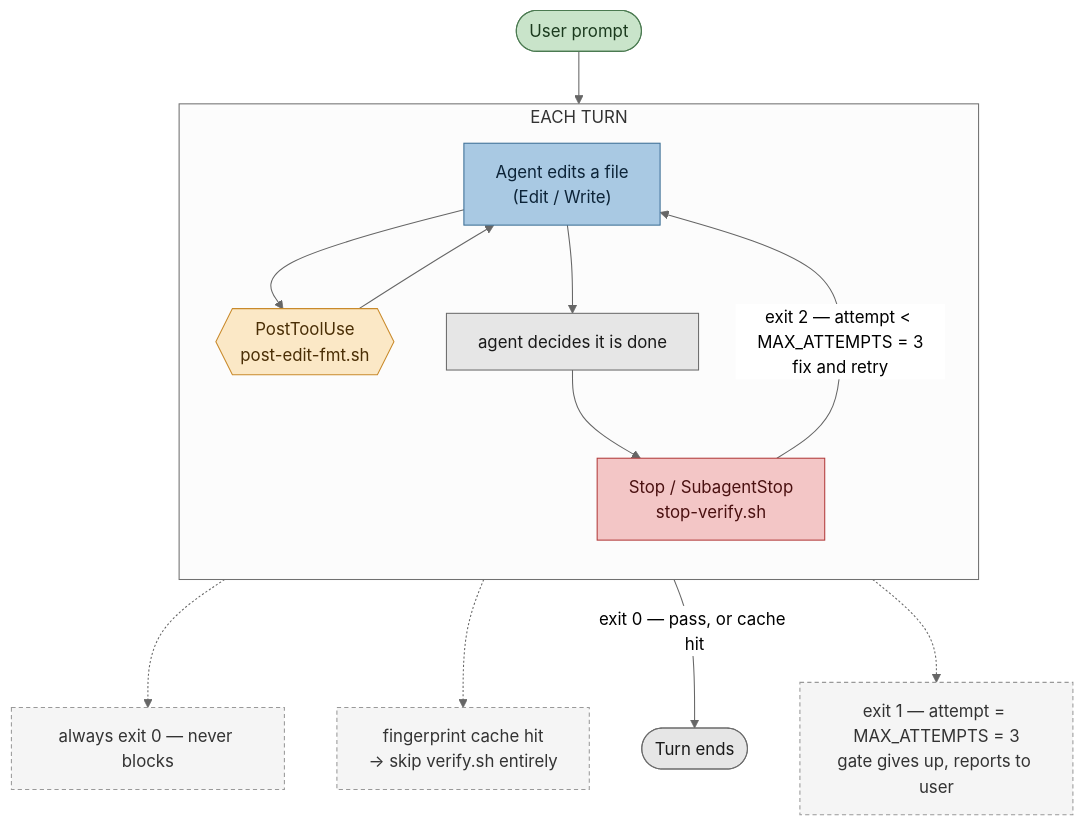
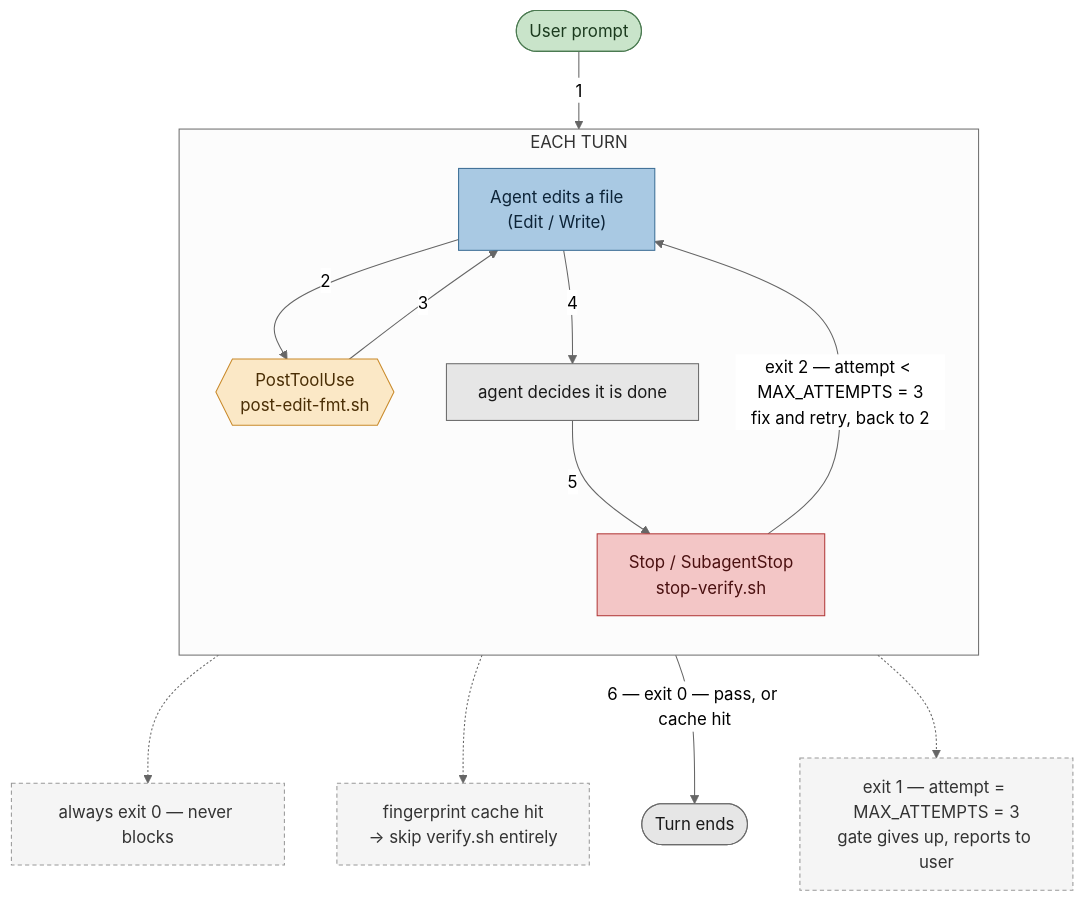
Before and after one commit to lotharschulz/InnerLoopGreenAndBrownfield: the first of 2 diagrams in README.md, drawn with Mermaid (neutral theme). The commit also changed other lines of this file, not shown here.

Commit message:
doc numbered edges describe the flow

````diff
--- a/README.md
+++ b/README.md
@@ -58,31 +58,31 @@
 ```mermaid
 flowchart TD
-    Start(["User prompt"]):::start --> Edit
+    Start(["User prompt"]):::start -->|"1"| Edit
 
     subgraph Turn["EACH TURN"]
         direction TB
         Edit["Agent edits a file<br/>(Edit / Write)"]:::exec
         PostHook{{"PostToolUse<br/>post-edit-fmt.sh"}}:::hookEvent
-        Edit --> PostHook --> Edit
-        Edit --> Decide["agent decides it is done"]:::turnEvent
-        Decide --> StopHook["Stop / SubagentStop<br/>stop-verify.sh"]:::gate
+        Edit -->|"2"| PostHook -->|"3"| Edit
+        Edit -->|"4"| Decide["agent decides it is done"]:::turnEvent
+        Decide -->|"5"| StopHook["Stop / SubagentStop<br/>stop-verify.sh"]:::gate
     end
 
     PostNote["always exit 0 — never blocks"]:::optional
     PostHook -.-> PostNote
     CacheHit["fingerprint cache hit<br/>→ skip verify.sh entirely"]:::optional
     StopHook -.-> CacheHit
 
-    StopHook -->|"exit 0 — pass, or cache hit"| Done(["Turn ends"]):::turnEvent
-    StopHook -->|"exit 2 — attempt < MAX_ATTEMPTS = 3<br/>fix and retry"| Edit
+    StopHook -->|"6 — exit 0 — pass, or cache hit"| Done(["Turn ends"]):::turnEvent
+    StopHook -->|"exit 2 — attempt < MAX_ATTEMPTS = 3<br/>fix and retry, back to 2"| Edit
 
     GiveUp["exit 1 — attempt = MAX_ATTEMPTS = 3<br/>gate gives up, reports to user"]:::optional
     StopHook -.-> GiveUp
 
     classDef start fill:#c9e4ca,stroke:#4b7a51,color:#1b3a1e;
     classDef turnEvent fill:#e6e6e6,stroke:#6b6b6b,color:#1a1a1a;
     classDef hookEvent fill:#fbe8c6,stroke:#c98a2b,color:#4a2e05;
     classDef exec fill:#a9c9e3,stroke:#3d6f96,color:#0d2438;
     classDef gate fill:#f3c6c6,stroke:#b23b3b,color:#4a1010;
     classDef optional stroke-dasharray:4 3,fill:#f5f5f5,stroke:#999,color:#333;
 ```
````
